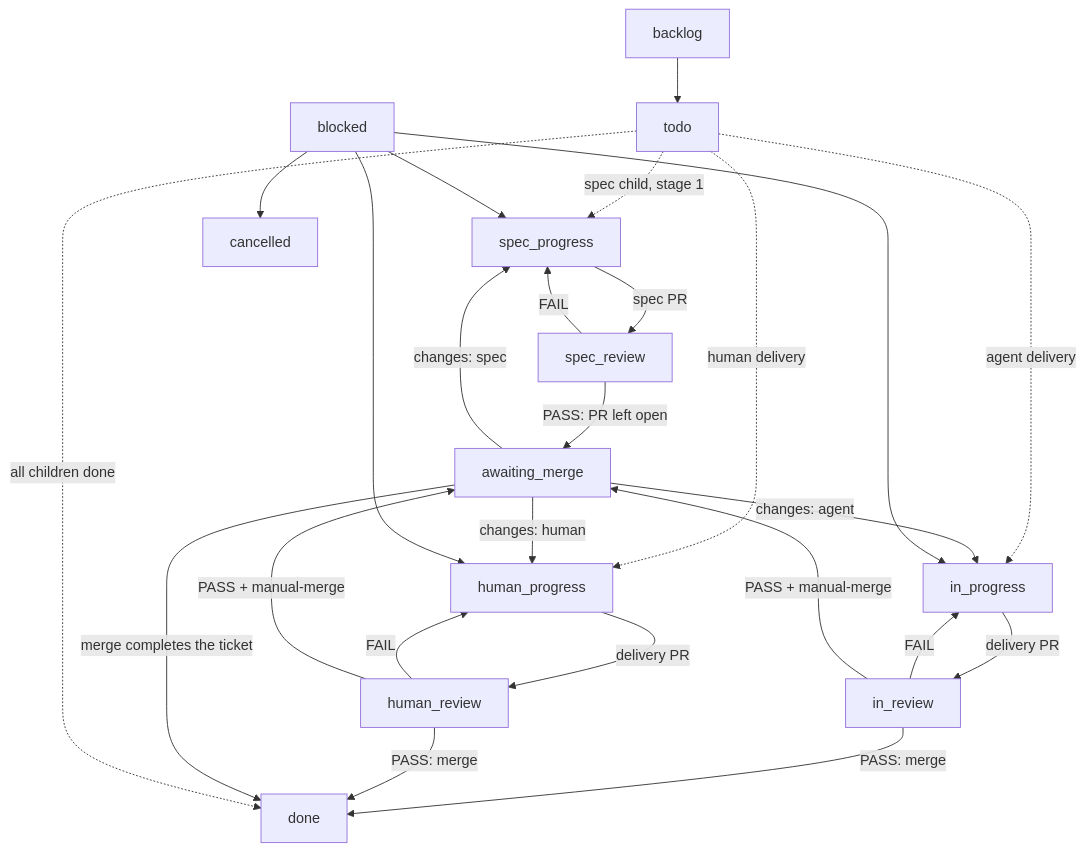
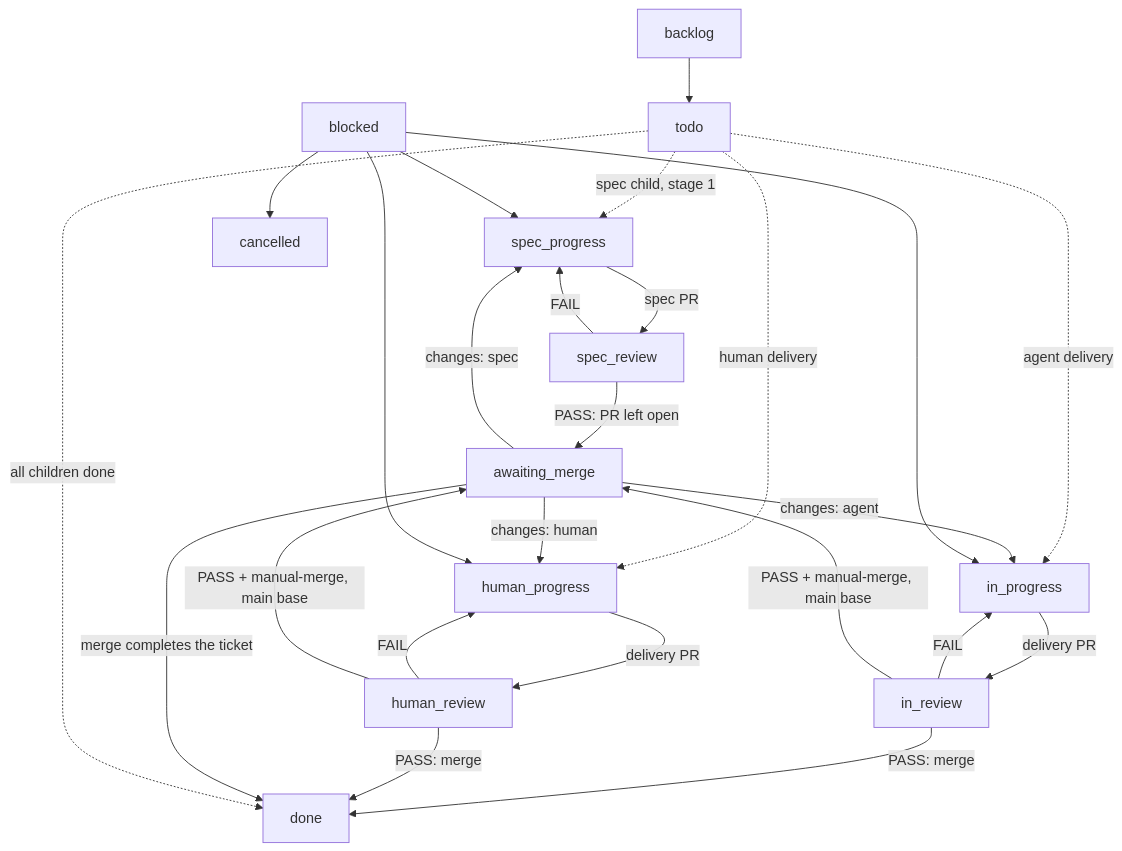
One commit to miran248/multica-workspace changed the diagram in docs/factory.md. Above: the diagram before and after it, drawn with Mermaid. The commit also changed other lines of this file and 13 other files, not shown here.

````diff
--- a/docs/factory.md
+++ b/docs/factory.md
@@ -17,27 +20,27 @@
 ```mermaid
 flowchart TD
   backlog --> todo
   todo -.->|"spec child, stage 1"| spec_progress
   todo -.->|"agent delivery"| in_progress
   todo -.->|"human delivery"| human_progress
   spec_progress -->|"spec PR"| spec_review
   spec_review -->|"FAIL"| spec_progress
   spec_review -->|"PASS: PR left open"| awaiting_merge
   in_progress -->|"delivery PR"| in_review
   human_progress -->|"delivery PR"| human_review
   in_review -->|"FAIL"| in_progress
   human_review -->|"FAIL"| human_progress
-  in_review -->|"PASS + manual-merge"| awaiting_merge
-  human_review -->|"PASS + manual-merge"| awaiting_merge
+  in_review -->|"PASS + manual-merge, main base"| awaiting_merge
+  human_review -->|"PASS + manual-merge, main base"| awaiting_merge
   in_review -->|"PASS: merge"| done
   human_review -->|"PASS: merge"| done
   awaiting_merge -->|"merge completes the ticket"| done
   awaiting_merge -->|"changes: spec"| spec_progress
   awaiting_merge -->|"changes: agent"| in_progress
   awaiting_merge -->|"changes: human"| human_progress
   blocked --> spec_progress
   blocked --> human_progress
   blocked --> in_progress
   blocked --> cancelled
   todo -.->|"all children done"| done
 ```
````
